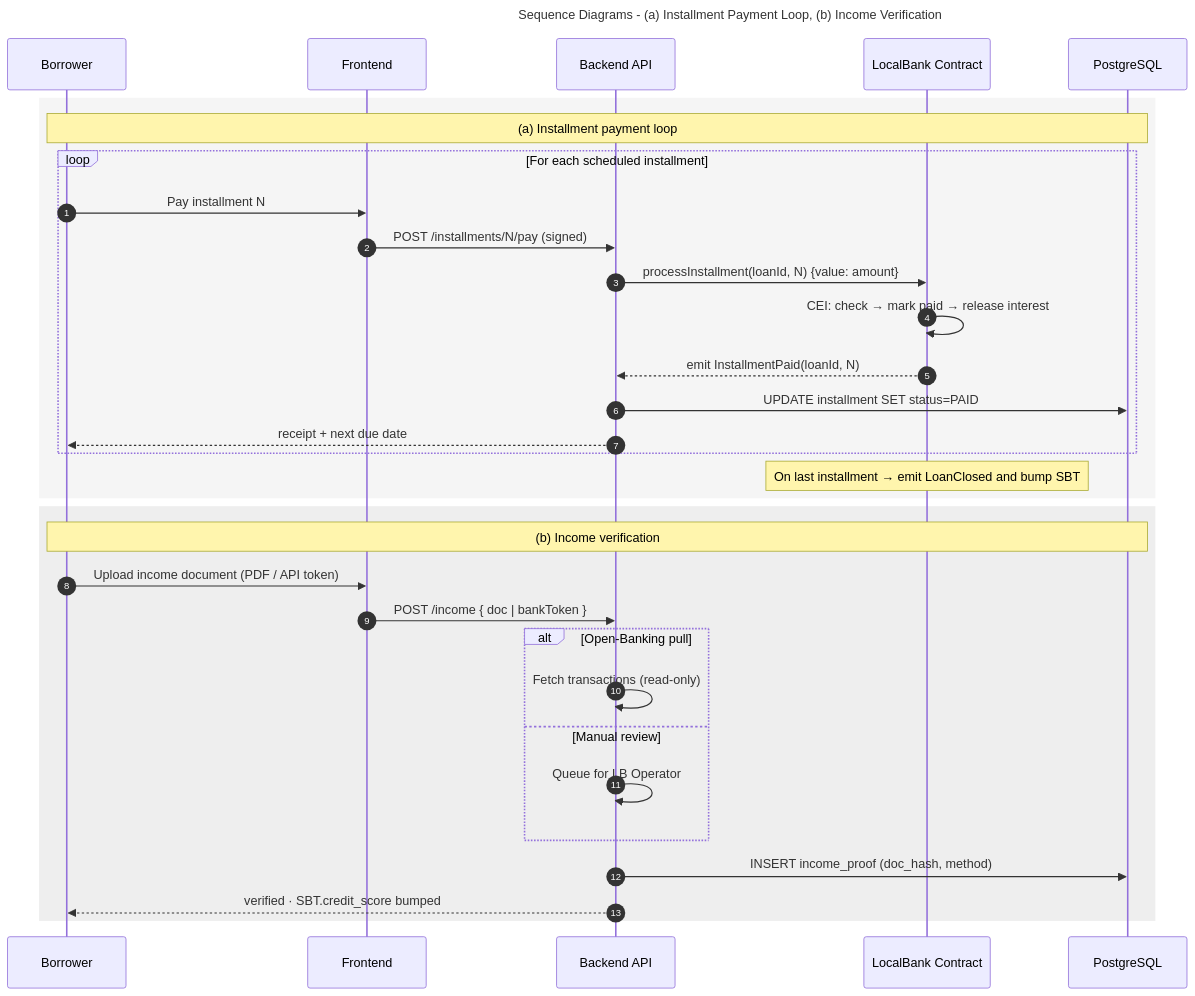
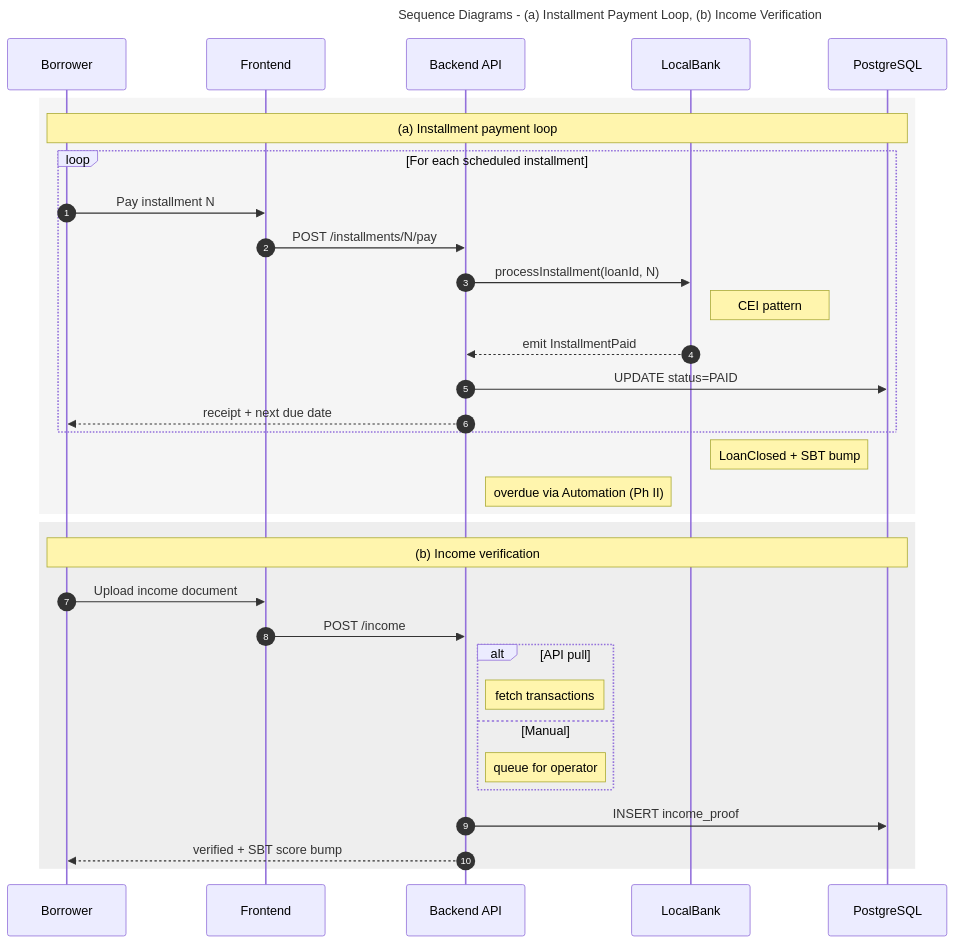
Before and after one commit to Yuvraajrahman/Cryto-World-Bank: the diagram in Documentation/Diagrams/mermaid-src/improved diagrams/fig-seq-installment-income.mmd, drawn with Mermaid. The commit also changed 214 other files, not shown here.

Commit message:
diagram updated

```diff
--- a/Documentation/Diagrams/mermaid-src/improved diagrams/fig-seq-installment-income.mmd
+++ b/Documentation/Diagrams/mermaid-src/improved diagrams/fig-seq-installment-income.mmd
@@ -1,37 +1,38 @@
 ---
 title: Sequence Diagrams - (a) Installment Payment Loop, (b) Income Verification
 ---
 sequenceDiagram
     autonumber
     participant U as Borrower
     participant FE as Frontend
     participant API as Backend API
-    participant SC as LocalBank Contract
+    participant SC as LocalBank
     participant DB as PostgreSQL
 
     rect rgb(245,245,245)
         Note over U,DB: (a) Installment payment loop
         loop For each scheduled installment
             U->>FE: Pay installment N
-            FE->>API: POST /installments/N/pay (signed)
-            API->>SC: processInstallment(loanId, N) {value: amount}
-            SC->>SC: CEI: check → mark paid → release interest
-            SC-->>API: emit InstallmentPaid(loanId, N)
-            API->>DB: UPDATE installment SET status=PAID
+            FE->>API: POST /installments/N/pay
+            API->>SC: processInstallment(loanId, N)
+            Note right of SC: CEI pattern
+            SC-->>API: emit InstallmentPaid
+            API->>DB: UPDATE status=PAID
             API-->>U: receipt + next due date
         end
-        Note over SC: On last installment → emit LoanClosed and bump SBT
+        Note right of SC: LoanClosed + SBT bump
+        Note right of API: overdue via Automation (Ph II)
     end
 
     rect rgb(238,238,238)
         Note over U,DB: (b) Income verification
-        U->>FE: Upload income document (PDF / API token)
-        FE->>API: POST /income { doc | bankToken }
-        alt Open-Banking pull
-            API->>API: Fetch transactions (read-only)
-        else Manual review
-            API->>API: Queue for LB Operator
+        U->>FE: Upload income document
+        FE->>API: POST /income
+        alt API pull
+            Note right of API: fetch transactions
+        else Manual
+            Note right of API: queue for operator
         end
-        API->>DB: INSERT income_proof (doc_hash, method)
-        API-->>U: verified · SBT.credit_score bumped
+        API->>DB: INSERT income_proof
+        API-->>U: verified + SBT score bump
     end
```
